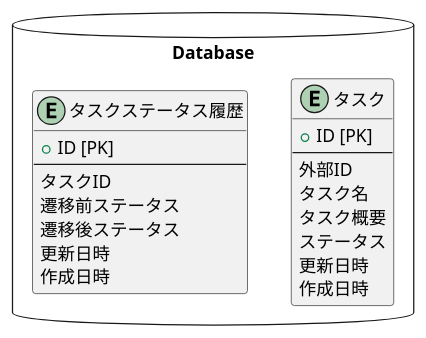
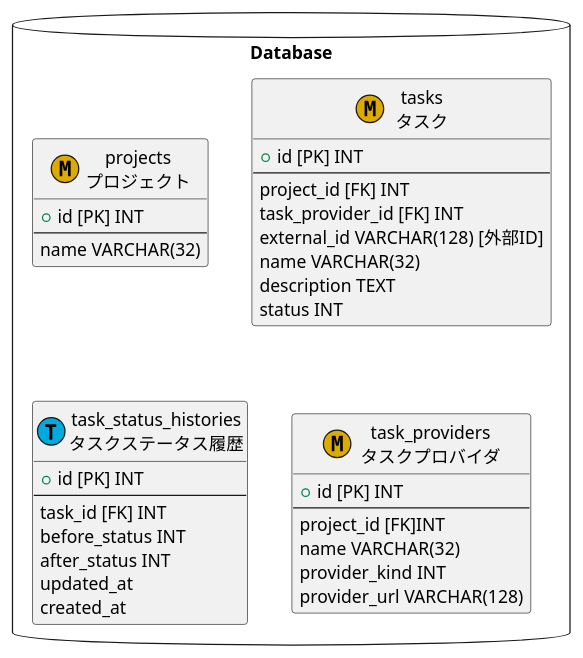
The diagram in docs/mvp/tables.pu (yuya-okada527/panopticon-docs), drawn with PlantUML before and after one commit. The commit also changed 3 other files, not shown here.

Commit message:
add er diagram

```diff
--- a/docs/mvp/tables.pu
+++ b/docs/mvp/tables.pu
@@ -1,26 +1,41 @@
 @startuml テーブル一覧
 
 package "Database" <<Database>> {
-  entity "タスク" as tasks {
-    + ID [PK]
+  entity "projects\nプロジェクト" as projects <<M, DDAA00>> {
+    + id [PK] INT
     --
-    外部ID
-    タスク名
-    タスク概要
-    ステータス
-    更新日時
-    作成日時
+    name VARCHAR(32)
   }
-  entity "タスクステータス履歴" as task_status_histories {
-    + ID [PK]
+  entity "tasks\nタスク" as tasks <<M, DDAA00>> {
+    + id [PK] INT
     --
-    タスクID
-    遷移前ステータス
-    遷移後ステータス
-    更新日時
-    作成日時
+    project_id [FK] INT
+    task_provider_id [FK] INT
+    external_id VARCHAR(128) [外部ID]
+    name VARCHAR(32)
+    description TEXT
+    '0: created, 1: todo, 2: doing, 3: done, 4: closed
+    status INT
+  }
+  entity "task_status_histories\nタスクステータス履歴" as task_status_histories <<T, 00AADD>> {
+    + id [PK] INT
+    --
+    task_id [FK] INT
+    before_status INT
+    after_status INT
+    updated_at
+    created_at
+  }
+  entity "task_providers\nタスクプロバイダ" as task_providers <<M, DDAA00>> {
+    + id [PK] INT
+    --
+    project_id [FK]INT
+    name VARCHAR(32)
+    '0: user, 1: github
+    provider_kind INT
+    provider_url VARCHAR(128)
   }
 }
 
 
 @enduml
```
